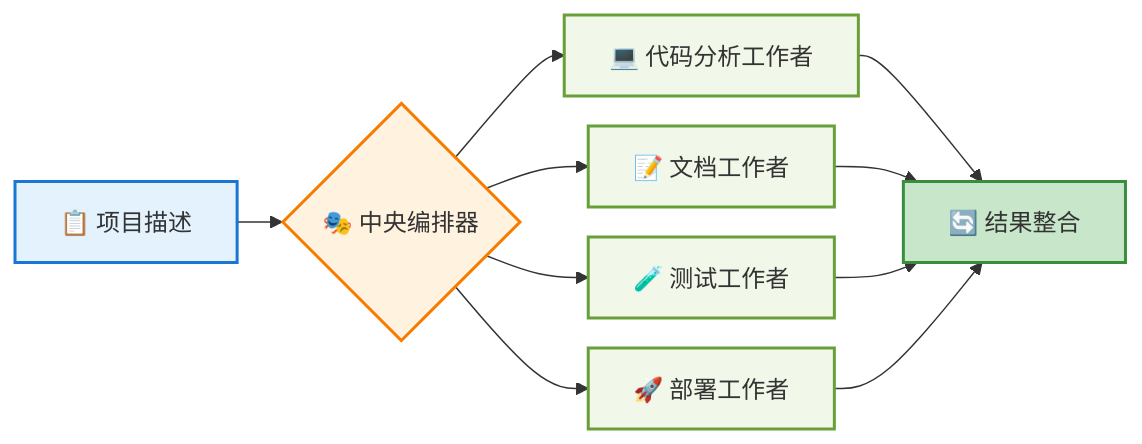
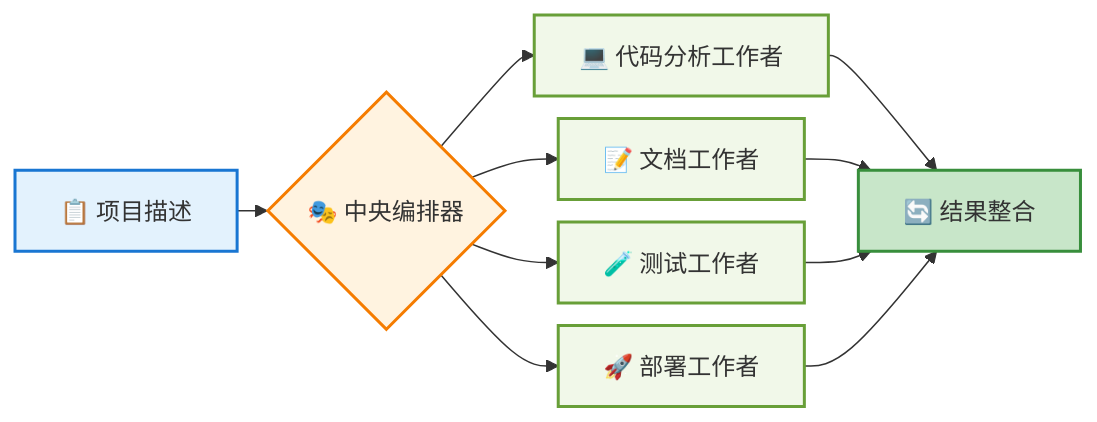
The sixth of 8 diagrams in agent/AI_Agent_完整入门指南.md (yxzf/claude-code-guide), drawn with Mermaid before and after one commit. The commit also changed other lines of this file, not shown here.

First line of the commit message:
进一步缩小图表尺寸

````diff
--- a/agent/AI_Agent_完整入门指南.md
+++ b/agent/AI_Agent_完整入门指南.md
@@ -304,21 +304,21 @@
 ```mermaid
-%%{init: {'flowchart': {'nodeSpacing': 20, 'rankSpacing': 30}}}%%
+%%{init: {'flowchart': {'nodeSpacing': 15, 'rankSpacing': 20}}}%%
 graph LR
     A[📋 项目描述] --> B{🎭 中央编排器}
     B --> C[💻 代码分析工作者]
     B --> D[📝 文档工作者]
     B --> E[🧪 测试工作者]
     B --> F[🚀 部署工作者]
     C --> G[🔄 结果整合]
     D --> G
     E --> G
     F --> G
     
     style A fill:#e3f2fd,stroke:#1976d2,stroke-width:2px
     style B fill:#fff3e0,stroke:#f57c00,stroke-width:2px
     style G fill:#c8e6c9,stroke:#388e3c,stroke-width:2px
     style C fill:#f1f8e9,stroke:#689f38,stroke-width:2px
     style D fill:#f1f8e9,stroke:#689f38,stroke-width:2px
     style E fill:#f1f8e9,stroke:#689f38,stroke-width:2px
     style F fill:#f1f8e9,stroke:#689f38,stroke-width:2px
 ```
````
